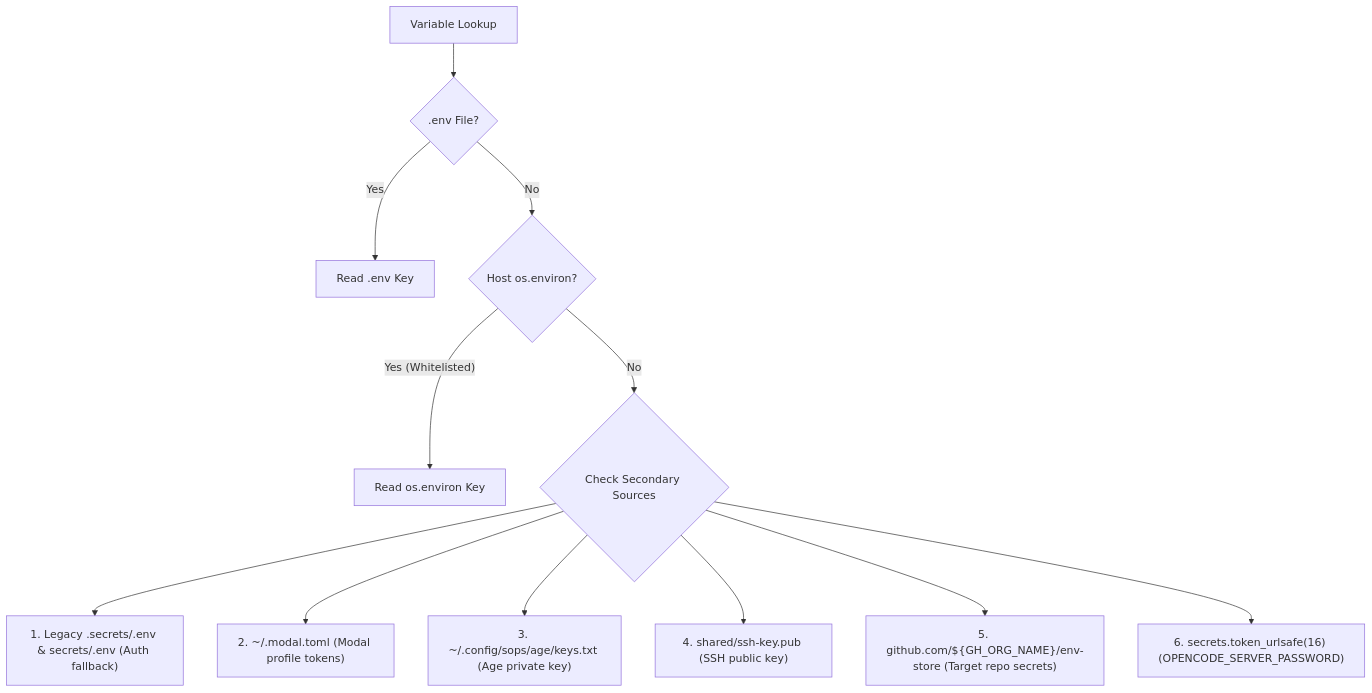
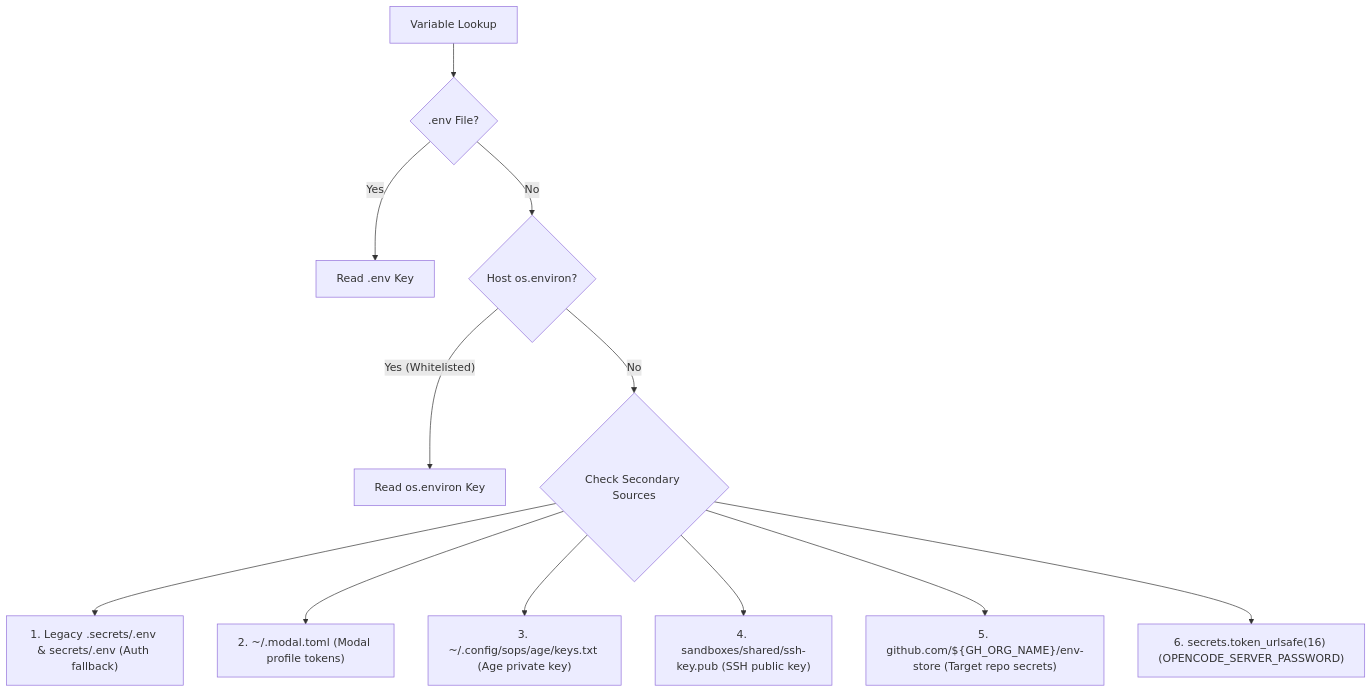
The diagram in docs/reference/environment.md (YoungMahesh/software-factory), drawn with Mermaid before and after one commit. The commit also changed other lines of this file and 13 other files, not shown here.

````diff
--- a/docs/reference/environment.md
+++ b/docs/reference/environment.md
@@ -74,16 +85,16 @@
 ```mermaid
 flowchart TD
     Start["Variable Lookup"] --> CheckDotEnv{".env File?"}
     CheckDotEnv -- Yes --> ReadDotEnv["Read .env Key"]
     CheckDotEnv -- No --> CheckEnv{Host os.environ?}
     
     CheckEnv -- Yes (Whitelisted) --> ReadEnv["Read os.environ Key"]
     CheckEnv -- No --> SecondarySources{"Check Secondary Sources"}
     
     SecondarySources --> AuthFallback["1. Legacy .secrets/.env & secrets/.env (Auth fallback)"]
     SecondarySources --> ModalConfig["2. ~/.modal.toml (Modal profile tokens)"]
     SecondarySources --> AgeKeyFile["3. ~/.config/sops/age/keys.txt (Age private key)"]
-    SecondarySources --> SSHPubFile["4. shared/ssh-key.pub (SSH public key)"]
+    SecondarySources --> SSHPubFile["4. sandboxes/shared/ssh-key.pub (SSH public key)"]
     SecondarySources --> EnvStore["5. github.com/${GH_ORG_NAME}/env-store (Target repo secrets)"]
     SecondarySources --> RuntimeGen["6. secrets.token_urlsafe(16) (OPENCODE_SERVER_PASSWORD)"]
 ```
````
